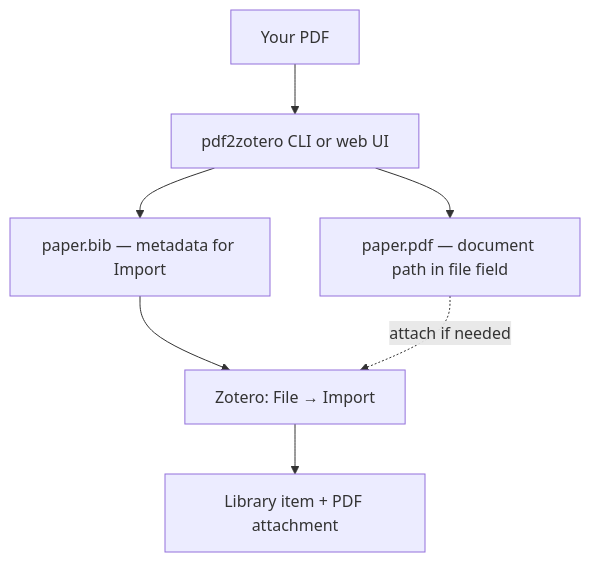
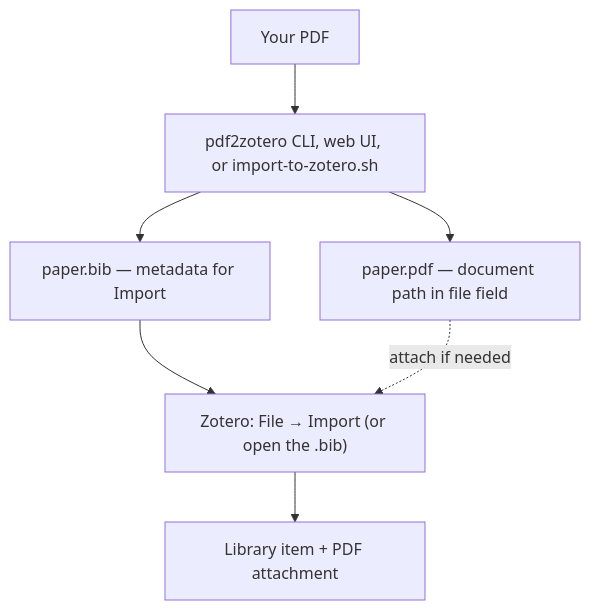
Before and after one commit to jensabrahamsson/pdf2zotero: the first of 2 diagrams in GETTING_STARTED.md, drawn with Mermaid. The commit also changed other lines of this file and 7 other files, not shown here.

First line of the commit message:
Escape Zotero file-field path delimiters and add a macOS import helper.

````diff
--- a/GETTING_STARTED.md
+++ b/GETTING_STARTED.md
@@ -39,9 +39,9 @@
 ```mermaid
 flowchart TD
-  PDF[Your PDF] --> P2Z[pdf2zotero CLI or web UI]
+  PDF[Your PDF] --> P2Z[pdf2zotero CLI, web UI, or import-to-zotero.sh]
   P2Z --> BIB["paper.bib — metadata for Import"]
   P2Z --> PDFout["paper.pdf — document path in file field"]
-  BIB --> Z["Zotero: File → Import"]
+  BIB --> Z["Zotero: File → Import (or open the .bib)"]
   PDFout -.->|attach if needed| Z
   Z --> DONE[Library item + PDF attachment]
 ```
````
